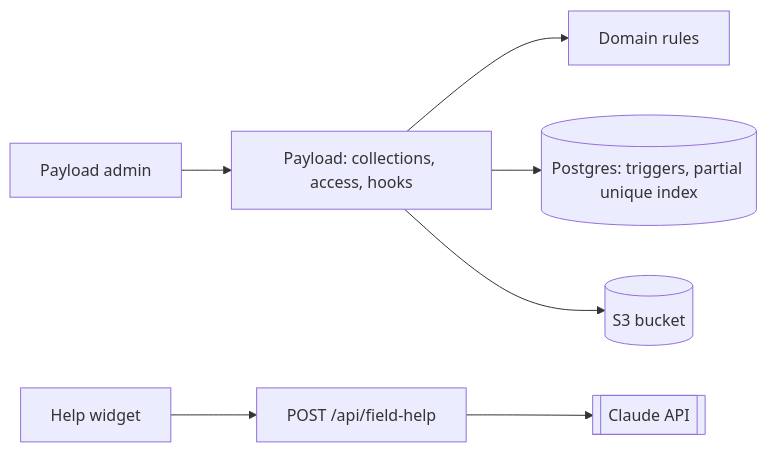
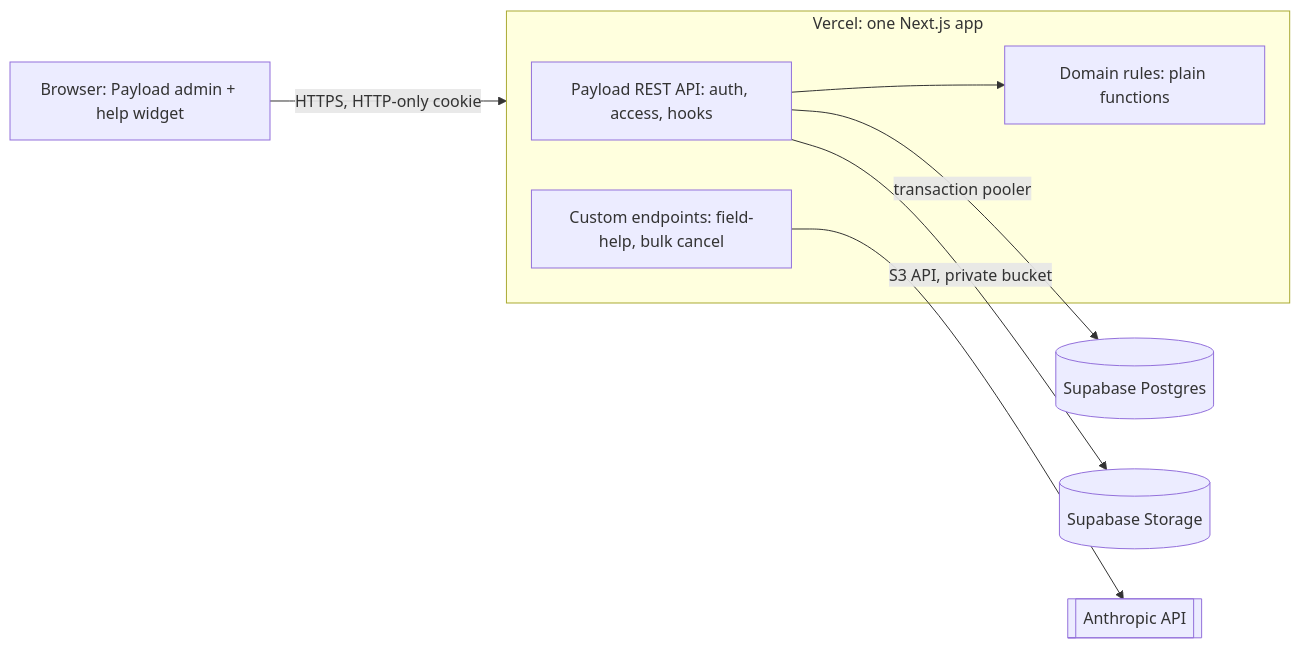
One commit to ffcabbar/benrey-home-assigment changed the first of 2 diagrams in README.md. Above: the diagram before and after it, drawn with Mermaid. The commit also changed other lines of this file and 1 other file, not shown here.

First line of the commit message:
docs: shorter README with architecture, trade-offs and a data model diagram

````diff
--- a/README.md
+++ b/README.md
@@ -40,8 +48,13 @@
 ```mermaid
 flowchart LR
-  UI[Payload admin] --> P[Payload: collections, access, hooks]
-  W[Help widget] --> E[POST /api/field-help] --> C[[Claude API]]
-  P --> D[Domain rules]
-  P --> DB[(Postgres: triggers, partial unique index)]
-  P --> S3[(S3 bucket)]
+  B[Browser: Payload admin + help widget] -->|HTTPS, HTTP-only cookie| V
+  subgraph V[Vercel: one Next.js app]
+    API[Payload REST API: auth, access, hooks]
+    D[Domain rules: plain functions]
+    EP[Custom endpoints: field-help, bulk cancel]
+  end
+  API --> D
+  API -->|transaction pooler| DB[(Supabase Postgres)]
+  API -->|S3 API, private bucket| S3[(Supabase Storage)]
+  EP --> C[[Anthropic API]]
 ```
````
